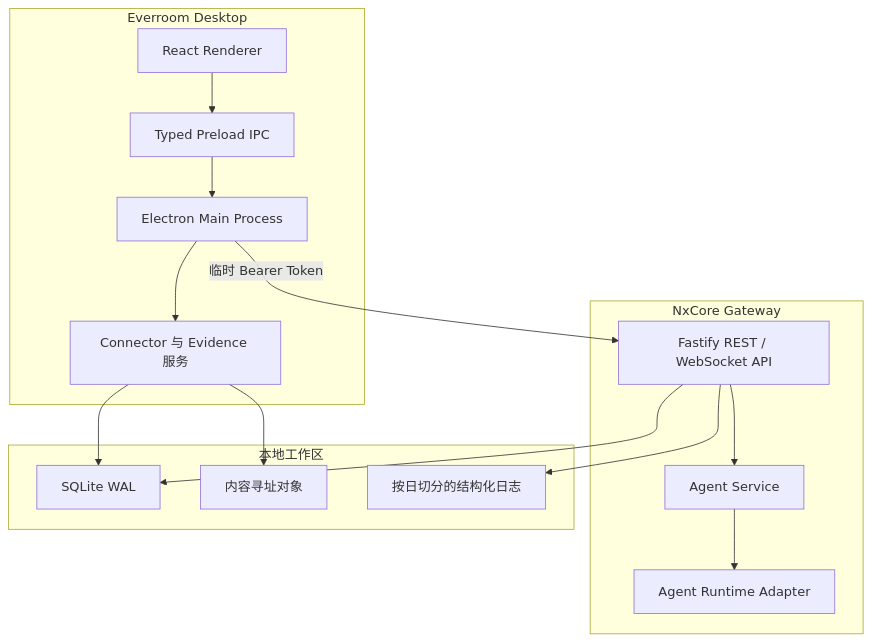
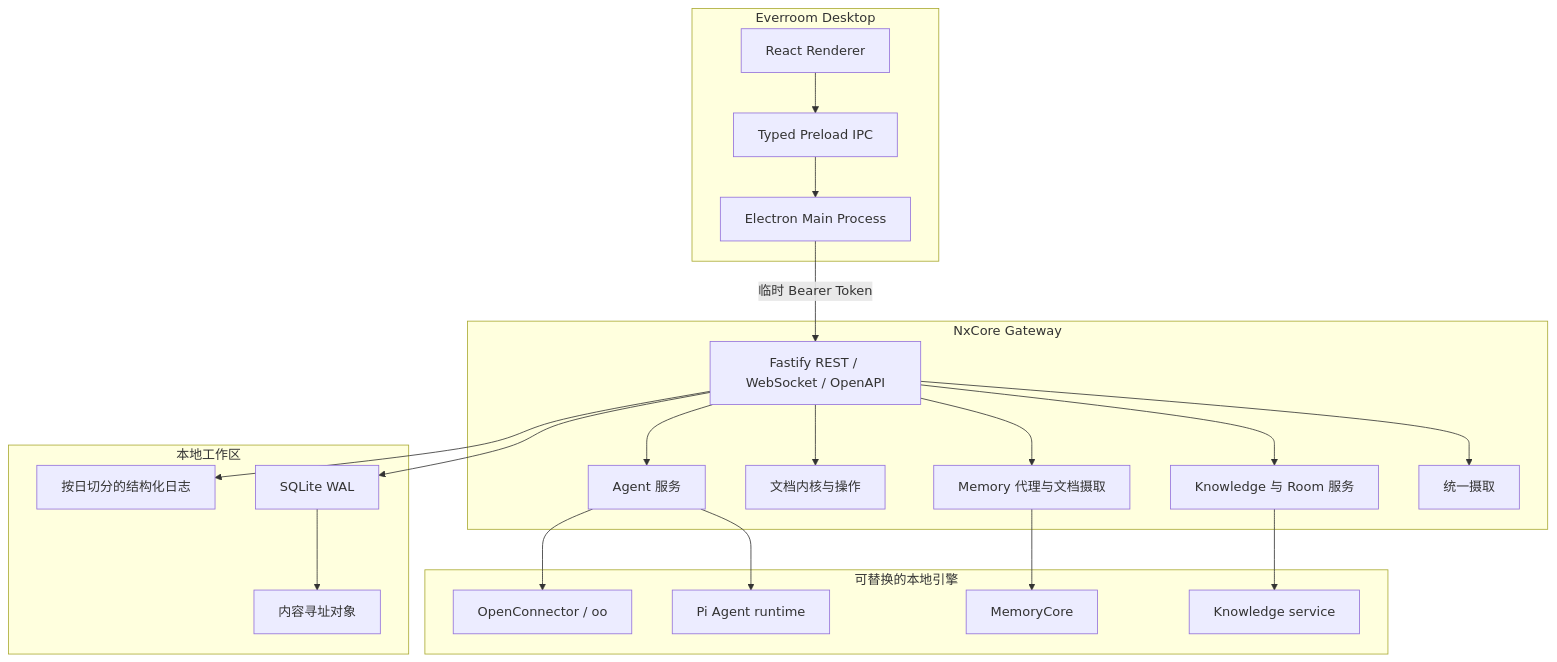
One commit to NxcoreAI/EverRoom changed the third of 3 diagrams in README.zh-CN.md. Above: the diagram before and after it, drawn with Mermaid. The commit also changed other lines of this file and 1 other file, not shown here.

````diff
--- a/README.zh-CN.md
+++ b/README.zh-CN.md
@@ -68,30 +135,45 @@
 ```mermaid
 flowchart TB
     subgraph Desktop["Everroom Desktop"]
         UI["React Renderer"]
         IPC["Typed Preload IPC"]
         MAIN["Electron Main Process"]
-        DATA["Connector 与 Evidence 服务"]
         UI --> IPC --> MAIN
-        MAIN --> DATA
     end
 
     subgraph Gateway["NxCore Gateway"]
-        API["Fastify REST / WebSocket API"]
-        AGENT["Agent Service"]
-        RUNTIME["Agent Runtime Adapter"]
-        API --> AGENT --> RUNTIME
+        API["Fastify REST / WebSocket / OpenAPI"]
+        INGEST["统一摄取"]
+        KNOW["Knowledge 与 Room 服务"]
+        MEM["Memory 代理与文档摄取"]
+        DOCS["文档内核与操作"]
+        AGENT["Agent 服务"]
+        API --> INGEST
+        API --> KNOW
+        API --> MEM
+        API --> DOCS
+        API --> AGENT
+    end
+
+    subgraph Engines["可替换的本地引擎"]
+        PI["Pi Agent runtime"]
+        MC["MemoryCore"]
+        KS["Knowledge service"]
+        OC["OpenConnector / oo"]
     end
 
     subgraph Local["本地工作区"]
         DB["SQLite WAL"]
         OBJECTS["内容寻址对象"]
         LOGS["按日切分的结构化日志"]
     end
 
     MAIN -->|"临时 Bearer Token"| API
-    DATA --> DB
-    DATA --> OBJECTS
+    AGENT --> PI
+    MEM --> MC
+    KNOW --> KS
+    AGENT --> OC
     API --> DB
+    DB --> OBJECTS
     API --> LOGS
 ```
````
